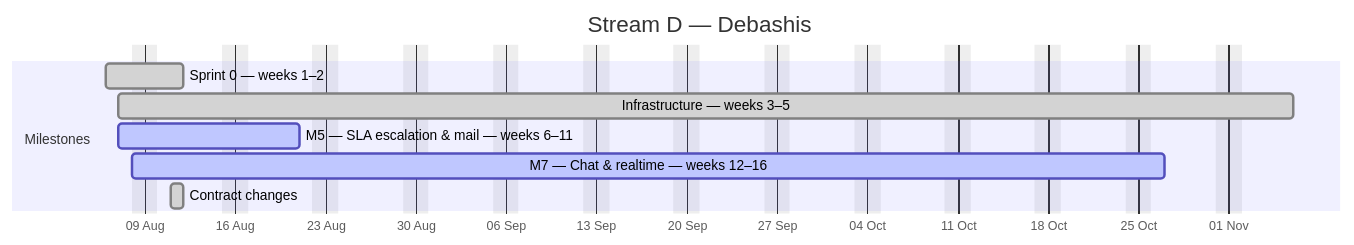
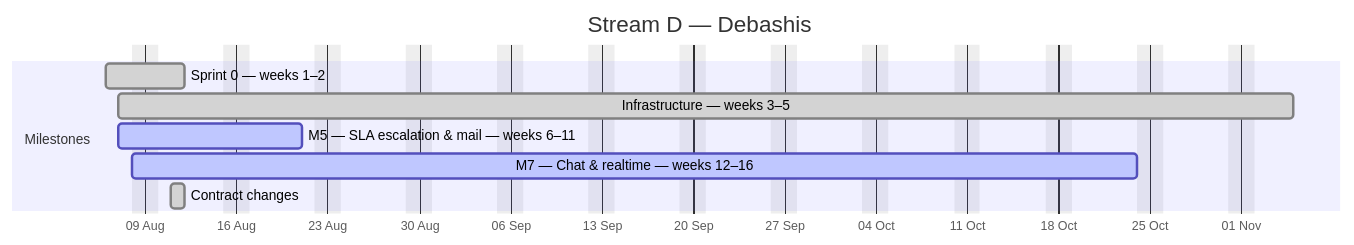
The fourth of 4 diagrams in docs/plan/GANTT.md (debashisedunext/EduTrack), drawn with Mermaid before and after one commit. The commit also changed other lines of this file and 2 other files, not shown here.

````diff
--- a/docs/plan/GANTT.md
+++ b/docs/plan/GANTT.md
@@ -157,13 +157,13 @@
 ```mermaid
 gantt
     dateFormat YYYY-MM-DD
     axisFormat %d %b
     title Stream D — Debashis
     excludes weekends
     section Milestones
     Sprint 0 — weeks 1–2 :done, d0, 2026-08-06, 4d
-    Infrastructure — weeks 3–5 :done, d1, 2026-08-07, 65d
+    Infrastructure — weeks 3–5 :done, d1, 2026-08-07, 64d
     M5 — SLA  escalation & mail — weeks 6–11 :active, d2, 2026-08-07, 10d
-    M7 — Chat & realtime — weeks 12–16 :active, d3, 2026-08-08, 57d
+    M7 — Chat & realtime — weeks 12–16 :active, d3, 2026-08-08, 56d
     Contract changes :done, d4, 2026-08-11, 1d
 ```
````
